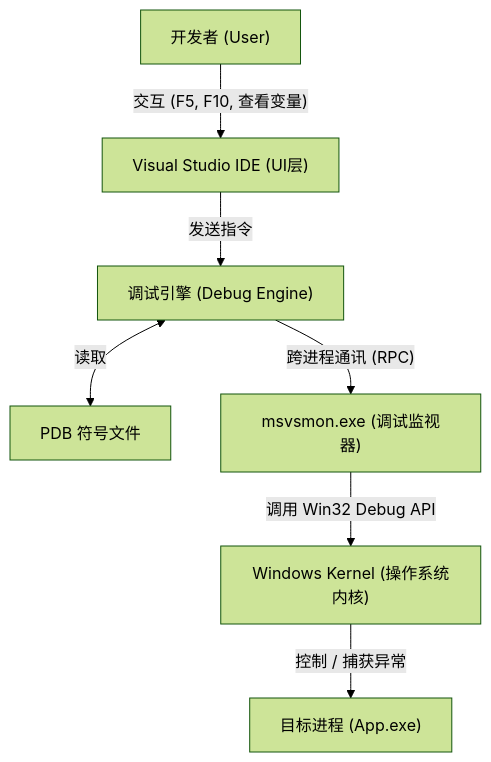
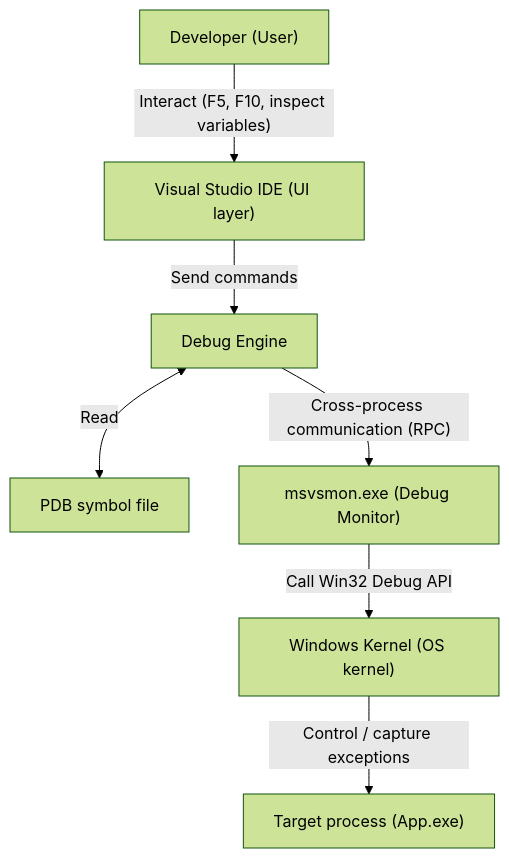
One commit to Awesome-Embedded-Learning-Studio/Tutorial_AwesomeModernCPP changed the diagram in documents/en/vol7-engineering/msvc-debugging-internals.md. Above: the diagram before and after it, drawn with Mermaid (forest theme). The commit also changed other lines of this file and 605 other files, not shown here.

````diff
--- a/documents/en/vol7-engineering/msvc-debugging-internals.md
+++ b/documents/en/vol7-engineering/msvc-debugging-internals.md
@@ -87,9 +87,9 @@
 ```mermaid
 flowchart TD
-    A["开发者 (User)"] -->|"交互 (F5, F10, 查看变量)"| B["Visual Studio IDE (UI层)"]
-    B -->|"发送指令"| C["调试引擎 (Debug Engine)"]
-    C <-->|"读取"| D["PDB 符号文件"]
-    C -->|"跨进程通讯 (RPC)"| E["msvsmon.exe (调试监视器)"]
-    E -->|"调用 Win32 Debug API"| F["Windows Kernel (操作系统内核)"]
-    F -->|"控制 / 捕获异常"| G["目标进程 (App.exe)"]
+    A["Developer (User)"] -->|"Interact (F5, F10, inspect variables)"| B["Visual Studio IDE (UI layer)"]
+    B -->|"Send commands"| C["Debug Engine"]
+    C <-->|"Read"| D["PDB symbol file"]
+    C -->|"Cross-process communication (RPC)"| E["msvsmon.exe (Debug Monitor)"]
+    E -->|"Call Win32 Debug API"| F["Windows Kernel (OS kernel)"]
+    F -->|"Control / capture exceptions"| G["Target process (App.exe)"]
 ```
````
